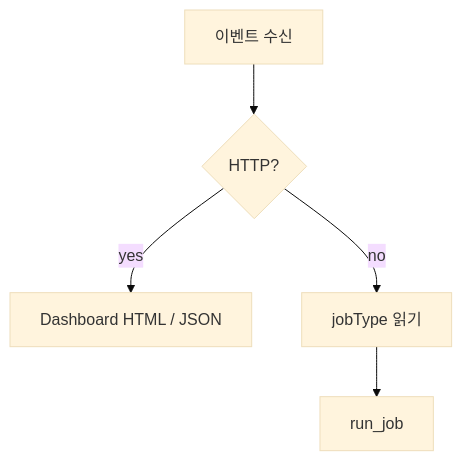
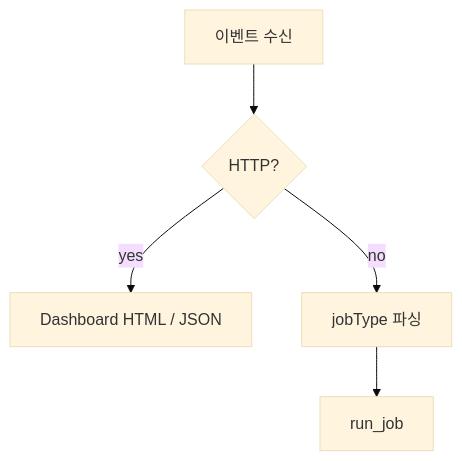
The second of 3 diagrams in README.md (LewisLim579/dx_handson), drawn with Mermaid (base theme) before and after one commit. The commit also changed other lines of this file and 1 other file, not shown here.

````diff
--- a/README.md
+++ b/README.md
@@ -103,8 +155,8 @@
 ```mermaid
 flowchart TB
   IN[이벤트 수신]
   IN --> Q{HTTP?}
   Q -->|yes| D[Dashboard HTML / JSON]
-  Q -->|no| J[jobType 읽기]
+  Q -->|no| J[jobType 파싱]
   J --> R[run_job]
 ```
````
